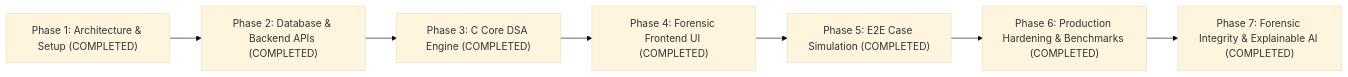
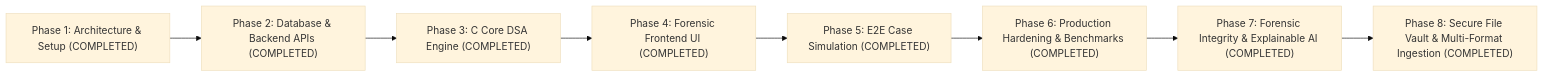
One commit to Saravana65/CaseThread changed the diagram in DEVELOPMENT_ROADMAP.md. Above: the diagram before and after it, drawn with Mermaid (base theme). The commit also changed other lines of this file and 18 other files, not shown here.

Commit message:
feat(phase8): digital evidence acquisition, secure file vault, metadata extraction, and derived artifacts

````diff
--- a/DEVELOPMENT_ROADMAP.md
+++ b/DEVELOPMENT_ROADMAP.md
@@ -9,9 +9,10 @@
 ```mermaid
 flowchart LR
     P1["Phase 1: Architecture & Setup (COMPLETED)"] --> P2["Phase 2: Database & Backend APIs (COMPLETED)"]
     P2 --> P3["Phase 3: C Core DSA Engine (COMPLETED)"]
     P3 --> P4["Phase 4: Forensic Frontend UI (COMPLETED)"]
     P4 --> P5["Phase 5: E2E Case Simulation (COMPLETED)"]
     P5 --> P6["Phase 6: Production Hardening & Benchmarks (COMPLETED)"]
     P6 --> P7["Phase 7: Forensic Integrity & Explainable AI (COMPLETED)"]
+    P7 --> P8["Phase 8: Secure File Vault & Multi-Format Ingestion (COMPLETED)"]
 ```
````
